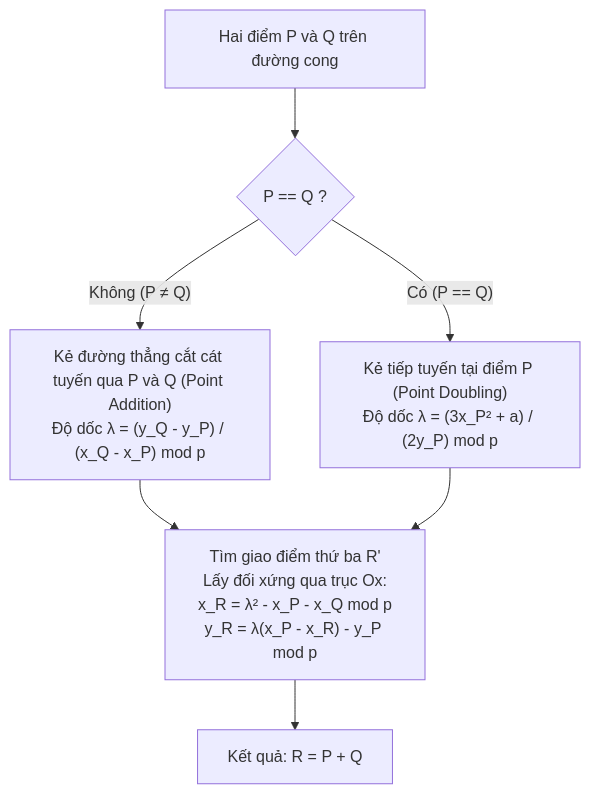
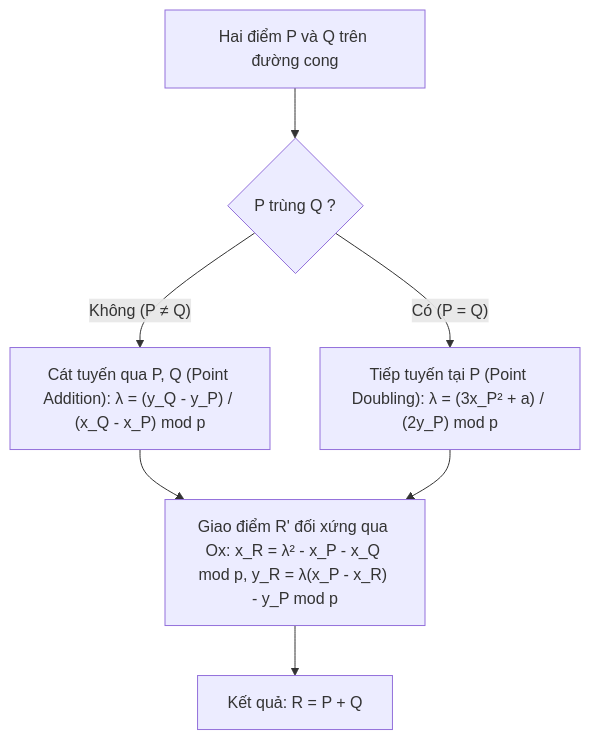
Before and after one commit to thuann2212/IS-TEXT-: the third of 6 diagrams in bao_cao_ecdsa.md, drawn with Mermaid. The commit also changed other lines of this file and 8 other files, not shown here.

````diff
--- a/bao_cao_ecdsa.md
+++ b/bao_cao_ecdsa.md
@@ -105,9 +104,9 @@
 ```mermaid
 flowchart TD
-    A["Hai điểm P và Q trên đường cong"] --> B{"P == Q ?"}
-    B -- "Không (P ≠ Q)" --> C["Kẻ đường thẳng cắt cát tuyến qua P và Q (Point Addition)\nĐộ dốc λ = (y_Q - y_P) / (x_Q - x_P) mod p"]
-    B -- "Có (P == Q)" --> D["Kẻ tiếp tuyến tại điểm P (Point Doubling)\nĐộ dốc λ = (3x_P² + a) / (2y_P) mod p"]
-    C --> E["Tìm giao điểm thứ ba R'\nLấy đối xứng qua trục Ox:\nx_R = λ² - x_P - x_Q mod p\ny_R = λ(x_P - x_R) - y_P mod p"]
+    A["Hai điểm P và Q trên đường cong"] --> B{"P trùng Q ?"}
+    B -- "Không (P ≠ Q)" --> C["Cát tuyến qua P, Q (Point Addition): λ = (y_Q - y_P) / (x_Q - x_P) mod p"]
+    B -- "Có (P = Q)" --> D["Tiếp tuyến tại P (Point Doubling): λ = (3x_P² + a) / (2y_P) mod p"]
+    C --> E["Giao điểm R' đối xứng qua Ox: x_R = λ² - x_P - x_Q mod p, y_R = λ(x_P - x_R) - y_P mod p"]
     D --> E
     E --> F["Kết quả: R = P + Q"]
 ```
````
